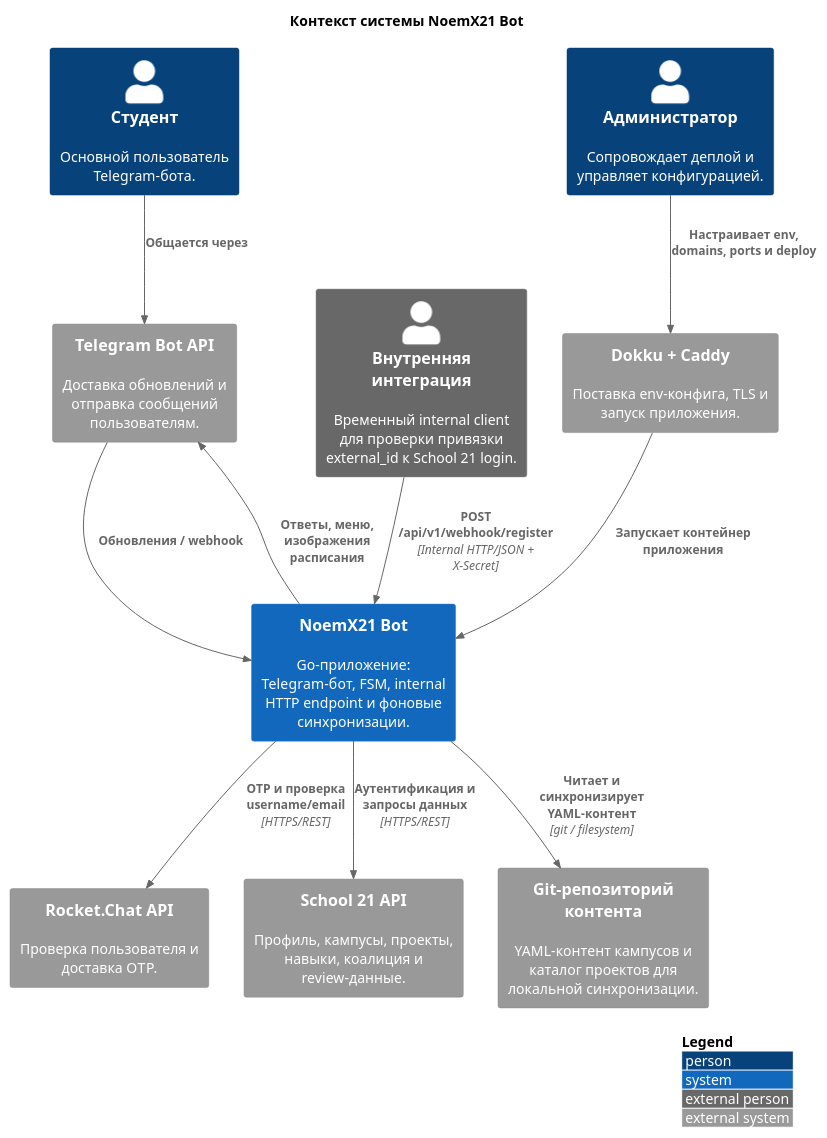
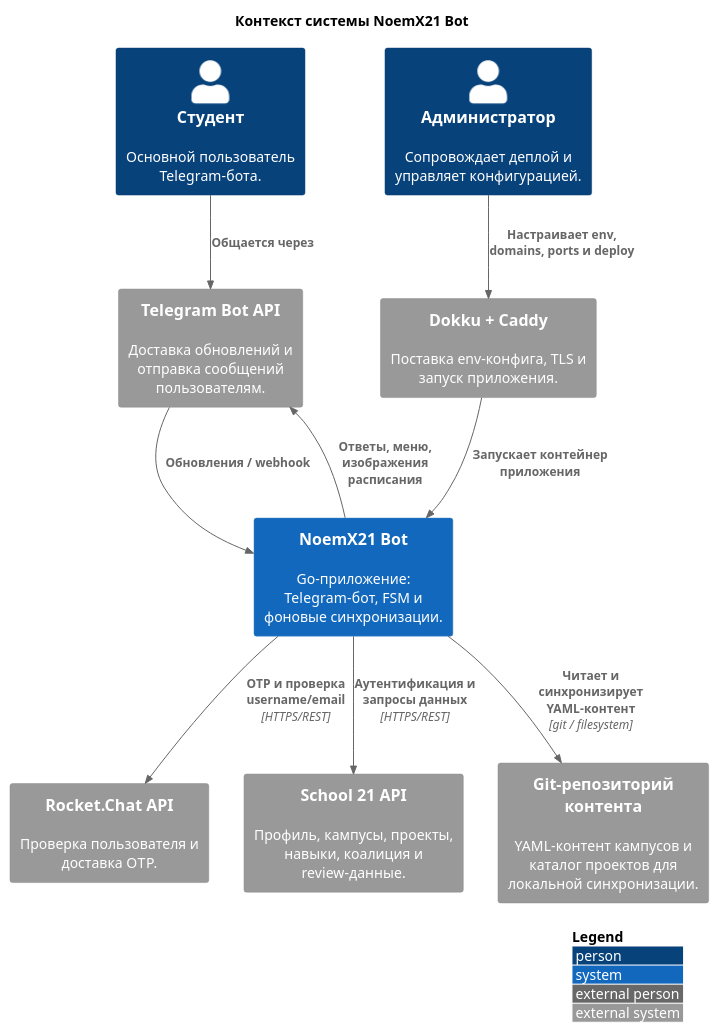
One commit to vgy789/NoemX21-bot changed the diagram in docs/c4/c4_context.puml. Above: the diagram before and after it, drawn with PlantUML. The commit also changed 39 other files, not shown here.

Commit message:
feat(api): внедрён postgREST для внешнего API, удалён прошлый webhook для проверки регистрации

```diff
--- a/docs/c4/c4_context.puml
+++ b/docs/c4/c4_context.puml
@@ -1,32 +1,30 @@
 @startuml
 !include https://raw.githubusercontent.com/plantuml-stdlib/C4-PlantUML/master/C4_Context.puml
 
 LAYOUT_WITH_LEGEND()
 
 title Контекст системы NoemX21 Bot
 
 Person(student, "Студент", "Основной пользователь Telegram-бота.")
 Person(admin, "Администратор", "Сопровождает деплой и управляет конфигурацией.")
-Person_Ext(integrator, "Внутренняя интеграция", "Временный internal client для проверки привязки external_id к School 21 login.")
 
-System(bot_system, "NoemX21 Bot", "Go-приложение: Telegram-бот, FSM, internal HTTP endpoint и фоновые синхронизации.")
+System(bot_system, "NoemX21 Bot", "Go-приложение: Telegram-бот, FSM и фоновые синхронизации.")
 
 System_Ext(telegram, "Telegram Bot API", "Доставка обновлений и отправка сообщений пользователям.")
 System_Ext(rocket, "Rocket.Chat API", "Проверка пользователя и доставка OTP.")
 System_Ext(s21, "School 21 API", "Профиль, кампусы, проекты, навыки, коалиция и review-данные.")
 System_Ext(git_repo, "Git-репозиторий контента", "YAML-контент кампусов и каталог проектов для локальной синхронизации.")
 System_Ext(dokku, "Dokku + Caddy", "Поставка env-конфига, TLS и запуск приложения.")
 
 Rel(student, telegram, "Общается через")
 Rel(telegram, bot_system, "Обновления / webhook")
 Rel(bot_system, telegram, "Ответы, меню, изображения расписания")
 
 Rel(bot_system, rocket, "OTP и проверка username/email", "HTTPS/REST")
 Rel(bot_system, s21, "Аутентификация и запросы данных", "HTTPS/REST")
 Rel(bot_system, git_repo, "Читает и синхронизирует YAML-контент", "git / filesystem")
 
-Rel(integrator, bot_system, "POST /api/v1/webhook/register", "Internal HTTP/JSON + X-Secret")
 Rel(admin, dokku, "Настраивает env, domains, ports и deploy")
 Rel(dokku, bot_system, "Запускает контейнер приложения")
 
 @enduml
```
